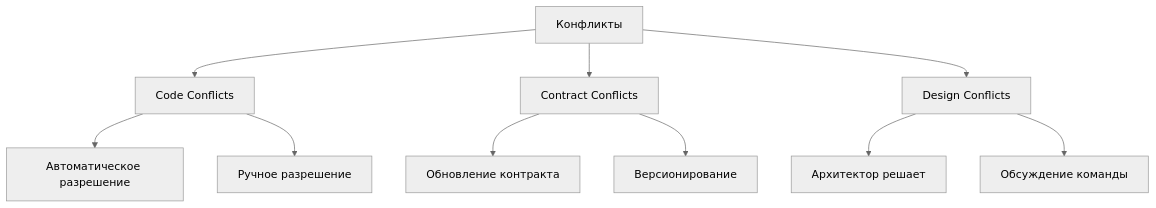
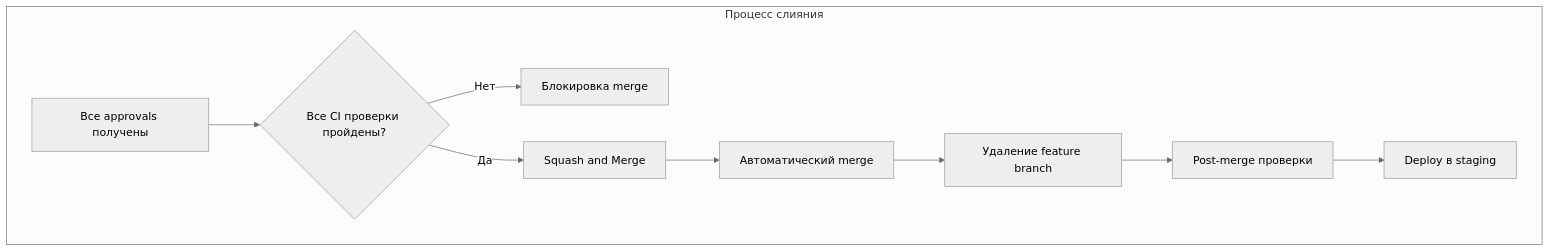
The fifth of 5 diagrams in development-plan/09-code-review-and-integration.md (Goldie228/GoldPC), drawn with Mermaid (neutral theme) before and after one commit. The commit also changed other lines of this file and 10 other files, not shown here.

````diff
--- a/development-plan/09-code-review-and-integration.md
+++ b/development-plan/09-code-review-and-integration.md
@@ -297,15 +583,12 @@
 ```mermaid
-graph TD
-    A[Конфликты] --> B[Code Conflicts]
-    A --> C[Contract Conflicts]
-    A --> D[Design Conflicts]
-    
-    B --> B1[Автоматическое разрешение]
-    B --> B2[Ручное разрешение]
-    
-    C --> C1[Обновление контракта]
-    C --> C2[Версионирование]
-    
-    D --> D1[Архитектор решает]
-    D --> D2[Обсуждение команды]
+flowchart TD
+    subgraph MergeProcess[Процесс слияния]
+        A[Все approvals получены] --> B{Все CI проверки пройдены?}
+        B -- Нет --> C[Блокировка merge]
+        B -- Да --> D[Squash and Merge]
+        D --> E[Автоматический merge]
+        E --> F[Удаление feature branch]
+        F --> G[Post-merge проверки]
+        G --> H[Deploy в staging]
+    end
 ```
````
